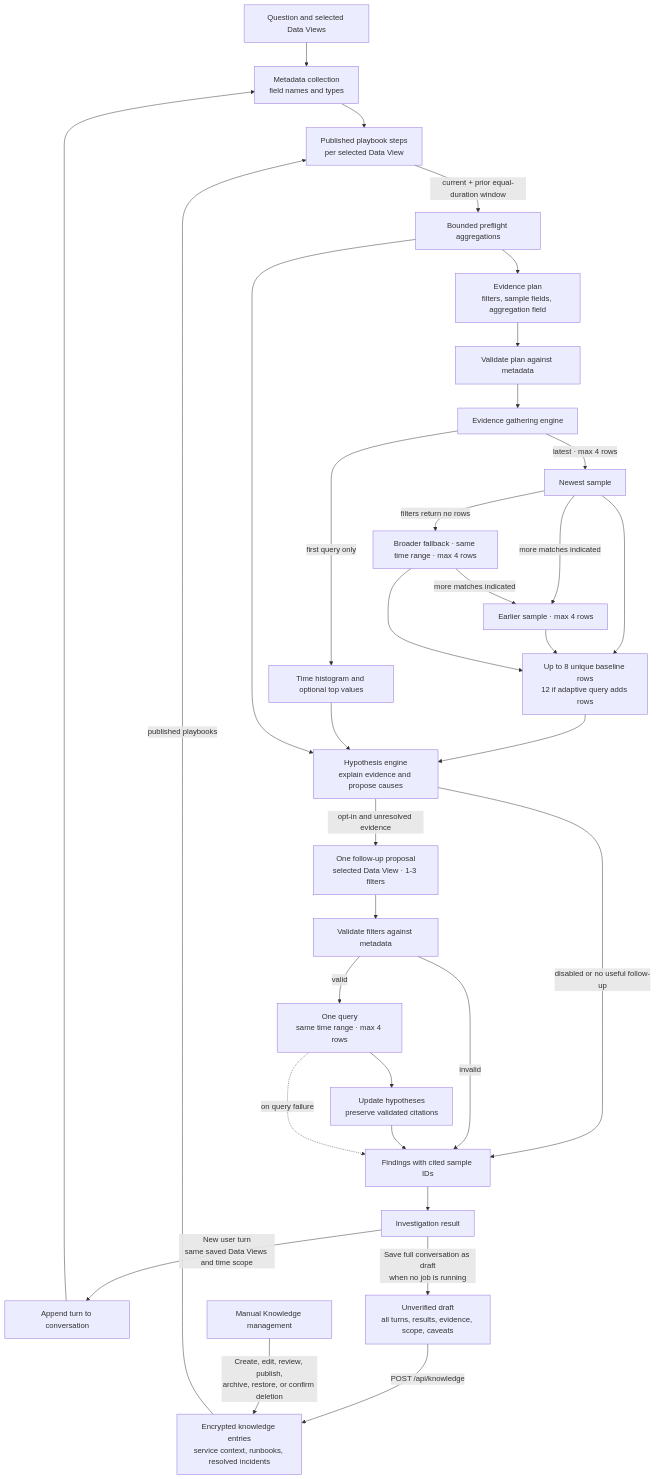
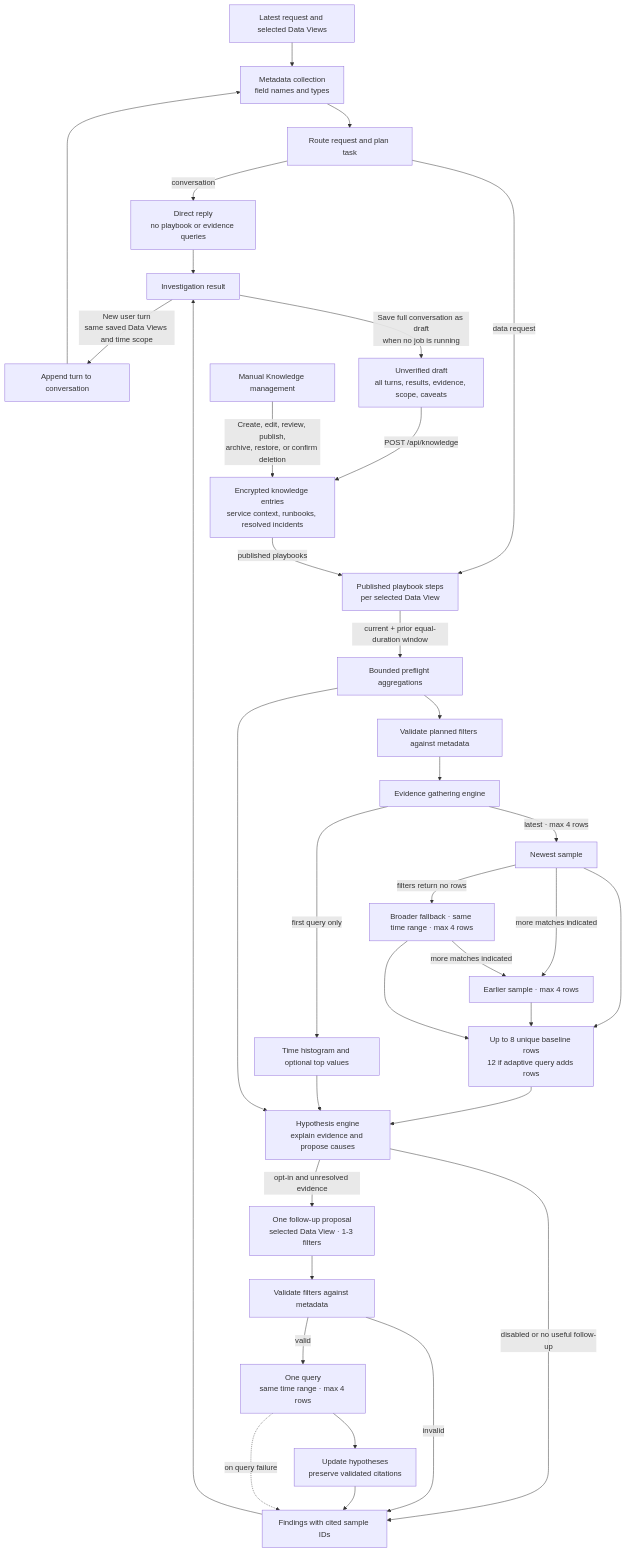
One commit to InvestiGenie/investigenie changed the first of 2 diagrams in docs/investigation-pipeline.md. Above: the diagram before and after it, drawn with Mermaid. The commit also changed other lines of this file and 8 other files, not shown here.

Commit message:
Route conversational requests before data searches

````diff
--- a/docs/investigation-pipeline.md
+++ b/docs/investigation-pipeline.md
@@ -5,35 +5,37 @@
 ```mermaid
 flowchart TD
-    Q[Question and selected Data Views] --> M[Metadata collection<br/>field names and types]
-    M --> PB[Published playbook steps<br/>per selected Data View]
+    Q[Latest request and selected Data Views] --> M[Metadata collection<br/>field names and types]
+    M --> R[Route request and plan task]
+    R -->|conversation| CR[Direct reply<br/>no playbook or evidence queries]
+    R -->|data request| PB[Published playbook steps<br/>per selected Data View]
     PB -->|current + prior equal-duration window| PA[Bounded preflight aggregations]
-    PA --> P[Evidence plan<br/>filters, sample fields, aggregation field]
-    P --> V[Validate plan against metadata]
+    PA --> V[Validate planned filters against metadata]
     V --> E[Evidence gathering engine]
     E -->|latest · max 4 rows| L[Newest sample]
     L -->|more matches indicated| EARLY[Earlier sample · max 4 rows]
     L -->|filters return no rows| F[Broader fallback · same time range · max 4 rows]
     F -->|more matches indicated| EARLY
     L --> S[Up to 8 unique baseline rows<br/>12 if adaptive query adds rows]
     EARLY --> S
     F --> S
     E -->|first query only| A[Time histogram and optional top values]
     S --> H[Hypothesis engine<br/>explain evidence and propose causes]
     A --> H
     PA --> H
     H -->|disabled or no useful follow-up| RESULT[Findings with cited sample IDs]
     H -->|opt-in and unresolved evidence| AF[One follow-up proposal<br/>selected Data View · 1-3 filters]
     AF --> V2[Validate filters against metadata]
     V2 -->|valid| Q2[One query<br/>same time range · max 4 rows]
     V2 -->|invalid| RESULT
     Q2 --> H2[Update hypotheses<br/>preserve validated citations]
     H2 --> RESULT
     Q2 -. on query failure .-> RESULT
     RESULT --> UI[Investigation result]
+    CR --> UI
     UI -->|New user turn<br/>same saved Data Views and time scope| C[Append turn to conversation]
     C --> M
     UI -->|Save full conversation as draft<br/>when no job is running| D[Unverified draft<br/>all turns, results, evidence, scope, caveats]
     D -->|POST /api/knowledge| K[Encrypted knowledge entries<br/>service context, runbooks, resolved incidents]
     U[Manual Knowledge management] -->|Create, edit, review, publish,<br/>archive, restore, or confirm deletion| K
     K -->|published playbooks| PB
 ```
````
